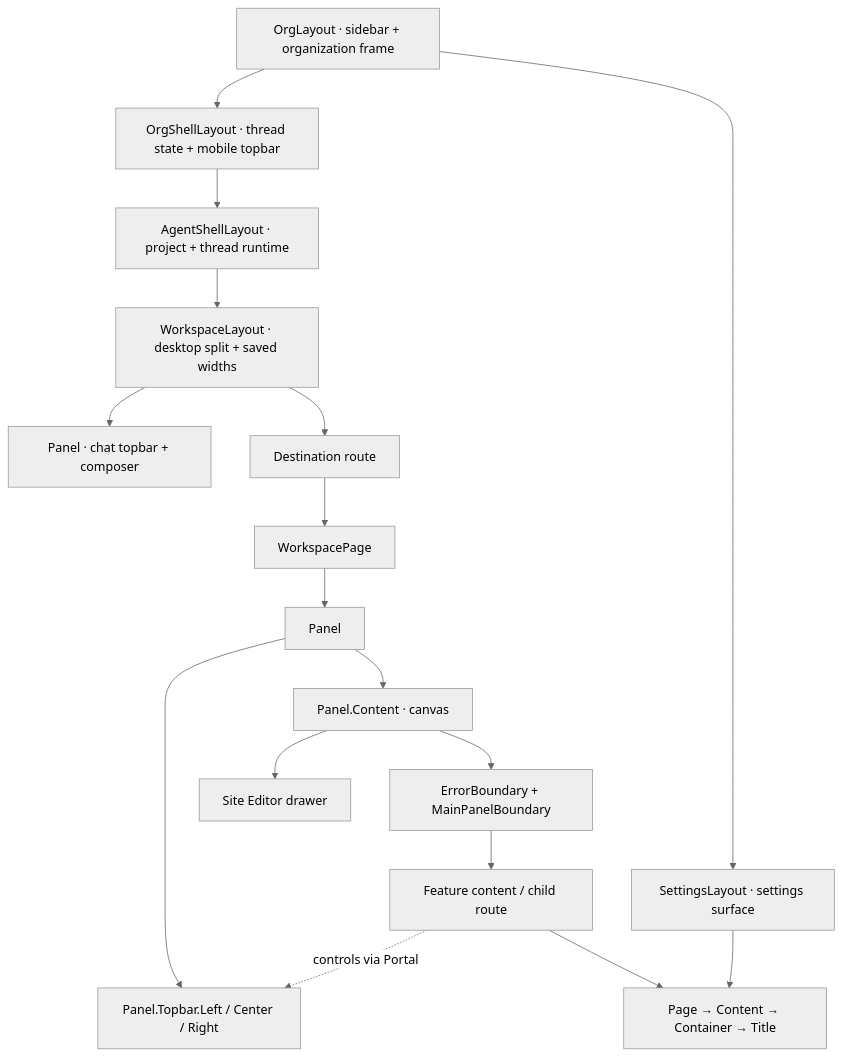
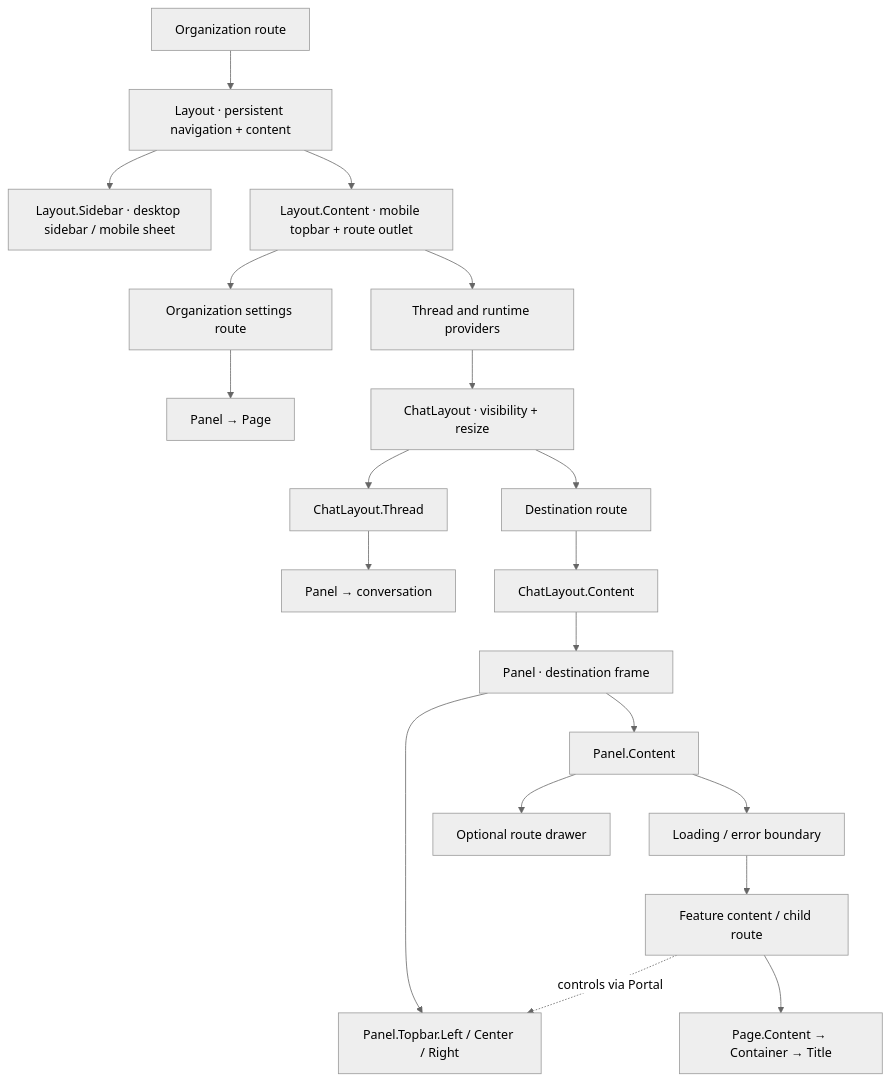
The diagram in apps/web/docs/component-architecture.md (decocms/studio), drawn with Mermaid (neutral theme) before and after one commit. The commit also changed other lines of this file and 73 other files, not shown here.

Commit message:
refactor(web): compose shared Layout and ChatLayout regions

````diff
--- a/apps/web/docs/component-architecture.md
+++ b/apps/web/docs/component-architecture.md
@@ -23,20 +57,22 @@
 ```mermaid
 flowchart TD
-  Org["OrgLayout · sidebar + organization frame"]
-  Org --> Shell["OrgShellLayout · thread state + mobile topbar"]
-  Org --> Settings["SettingsLayout · settings surface"]
-  Shell --> Runtime["AgentShellLayout · project + thread runtime"]
-  Runtime --> Workspace["WorkspaceLayout · desktop split + saved widths"]
-  Workspace --> Chat["Panel · chat topbar + composer"]
-  Workspace --> Route["Destination route"]
-  Route --> Recipe["WorkspacePage"]
-  Recipe --> Surface["Panel"]
+  Org["Organization route"] --> Layout["Layout · persistent navigation + content"]
+  Layout --> Sidebar["Layout.Sidebar · desktop sidebar / mobile sheet"]
+  Layout --> Inset["Layout.Content · mobile topbar + route outlet"]
+  Inset --> Settings["Organization settings route"]
+  Settings --> SettingsPanel["Panel → Page"]
+  Inset --> Session["Thread and runtime providers"]
+  Session --> Split["ChatLayout · visibility + resize"]
+  Split --> Thread["ChatLayout.Thread"]
+  Thread --> Conversation["Panel → conversation"]
+  Split --> Route["Destination route"]
+  Route --> Content["ChatLayout.Content"]
+  Content --> Surface["Panel · destination frame"]
   Surface --> Topbar["Panel.Topbar.Left / Center / Right"]
-  Surface --> Body["Panel.Content · canvas"]
-  Body --> Boundary["ErrorBoundary + MainPanelBoundary"]
-  Boundary --> Content["Feature content / child route"]
-  Body --> Drawer["Site Editor drawer"]
-  Content -. controls via Portal .-> Topbar
-  Content --> Document["Page → Content → Container → Title"]
-  Settings --> Document
+  Surface --> Body["Panel.Content"]
+  Body --> Boundary["Loading / error boundary"]
+  Boundary --> Feature["Feature content / child route"]
+  Body --> Drawer["Optional route drawer"]
+  Feature -. controls via Portal .-> Topbar
+  Feature --> Document["Page.Content → Container → Title"]
 ```
````
